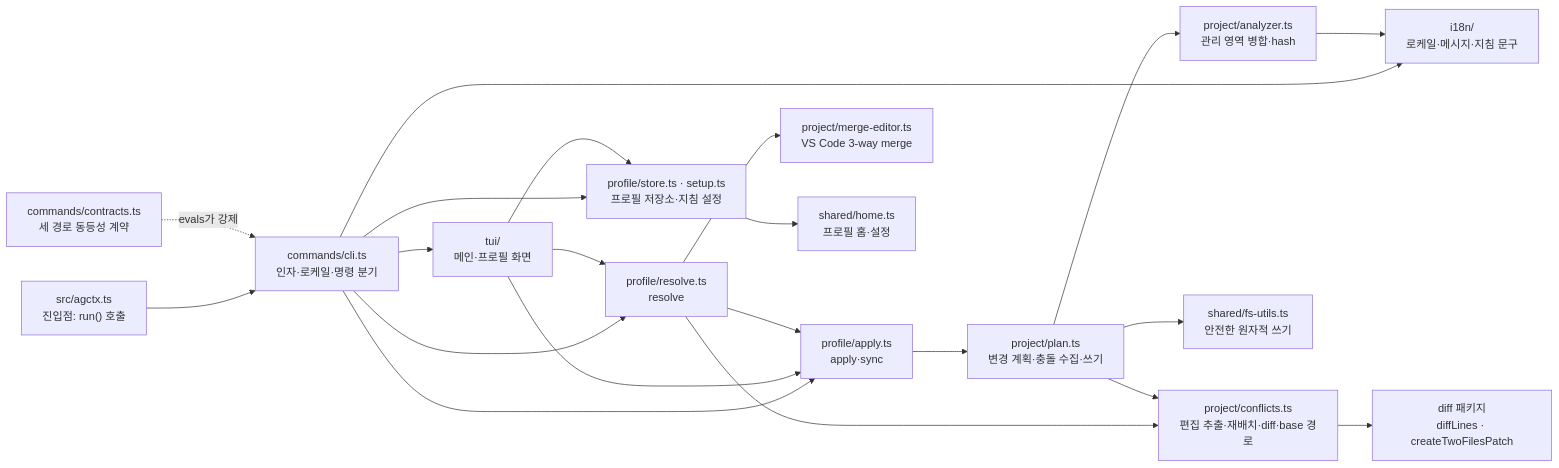
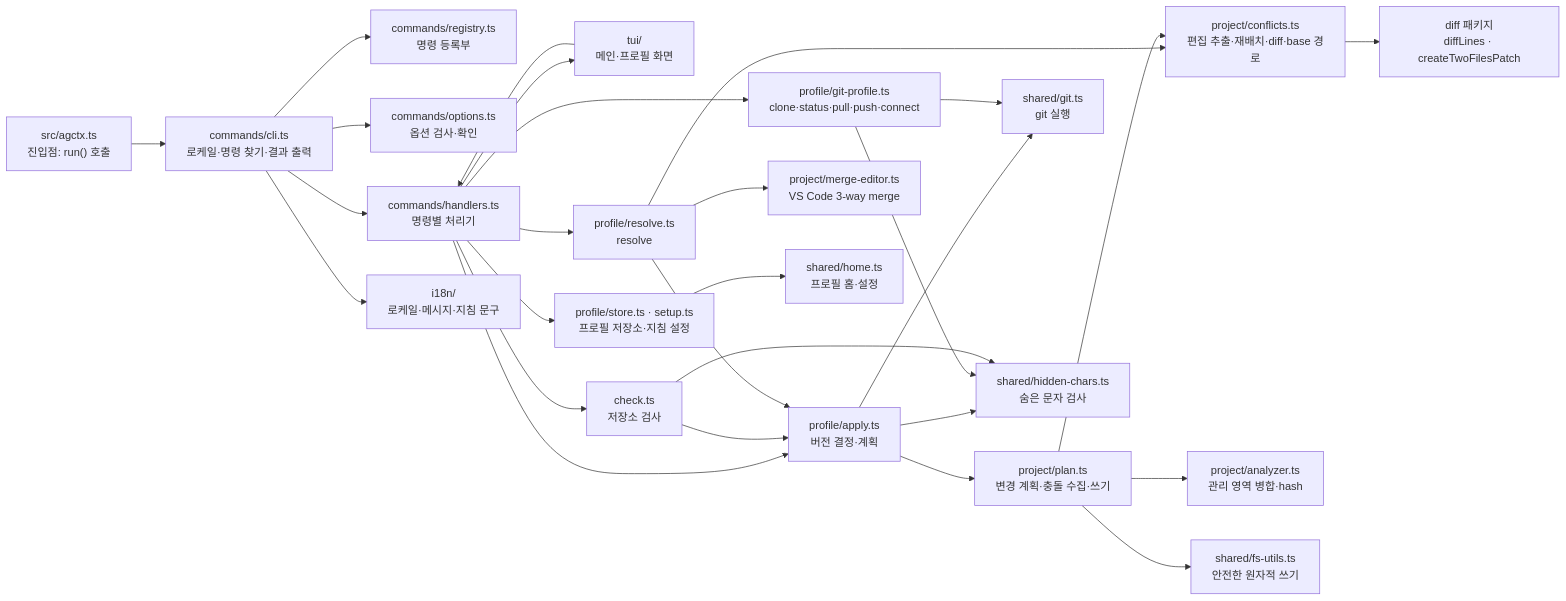
Before and after one commit to IsthisLee/agent-context-manager: the first of 11 diagrams in docs/architecture/implementation-mechanics.md, drawn with Mermaid. The commit also changed other lines of this file and 60 other files, not shown here.

First line of the commit message:
feat: 명령 계약과 Git 프로필 공유·적용 버전 기록·check를 추가한다

````diff
--- a/docs/architecture/implementation-mechanics.md
+++ b/docs/architecture/implementation-mechanics.md
@@ -22,23 +22,30 @@
 ```mermaid
 flowchart LR
-  entry["src/agctx.ts<br/>진입점: run() 호출"] --> cli["commands/cli.ts<br/>인자·로케일·명령 분기"]
-  cli --> tui["tui/<br/>메인·프로필 화면"]
-  cli --> store["profile/store.ts · setup.ts<br/>프로필 저장소·지침 설정"]
-  cli --> apply["profile/apply.ts<br/>apply·sync"]
-  cli --> resolve["profile/resolve.ts<br/>resolve"]
-  tui --> store
-  tui --> apply
-  tui --> resolve
+  entry["src/agctx.ts<br/>진입점: run() 호출"] --> cli["commands/cli.ts<br/>로케일·명령 찾기·결과 출력"]
+  cli --> registry["commands/registry.ts<br/>명령 등록부"]
+  cli --> options["commands/options.ts<br/>옵션 검사·확인"]
+  cli --> handlers["commands/handlers.ts<br/>명령별 처리기"]
+  handlers --> tui["tui/<br/>메인·프로필 화면"]
+  tui --> handlers
+  handlers --> store["profile/store.ts · setup.ts<br/>프로필 저장소·지침 설정"]
+  handlers --> apply["profile/apply.ts<br/>버전 결정·계획"]
+  handlers --> resolve["profile/resolve.ts<br/>resolve"]
+  handlers --> gitprofile["profile/git-profile.ts<br/>clone·status·pull·push·connect"]
+  handlers --> check["check.ts<br/>저장소 검사"]
+  check --> apply
   resolve --> apply
   apply --> plan["project/plan.ts<br/>변경 계획·충돌 수집·쓰기"]
+  apply --> gitrun["shared/git.ts<br/>git 실행"]
+  gitprofile --> gitrun
+  apply --> hidden["shared/hidden-chars.ts<br/>숨은 문자 검사"]
+  gitprofile --> hidden
+  check --> hidden
   resolve --> merge["project/merge-editor.ts<br/>VS Code 3-way merge"]
   resolve --> conflicts["project/conflicts.ts<br/>편집 추출·재배치·diff·base 경로"]
   plan --> analyzer["project/analyzer.ts<br/>관리 영역 병합·hash"]
   plan --> conflicts
   plan --> fsutils["shared/fs-utils.ts<br/>안전한 원자적 쓰기"]
   store --> home["shared/home.ts<br/>프로필 홈·설정"]
   cli --> i18n["i18n/<br/>로케일·메시지·지침 문구"]
-  analyzer --> i18n
   conflicts --> jsdiff["diff 패키지<br/>diffLines · createTwoFilesPatch"]
-  contracts["commands/contracts.ts<br/>세 경로 동등성 계약"] -.->|"evals가 강제"| cli
 ```
````
